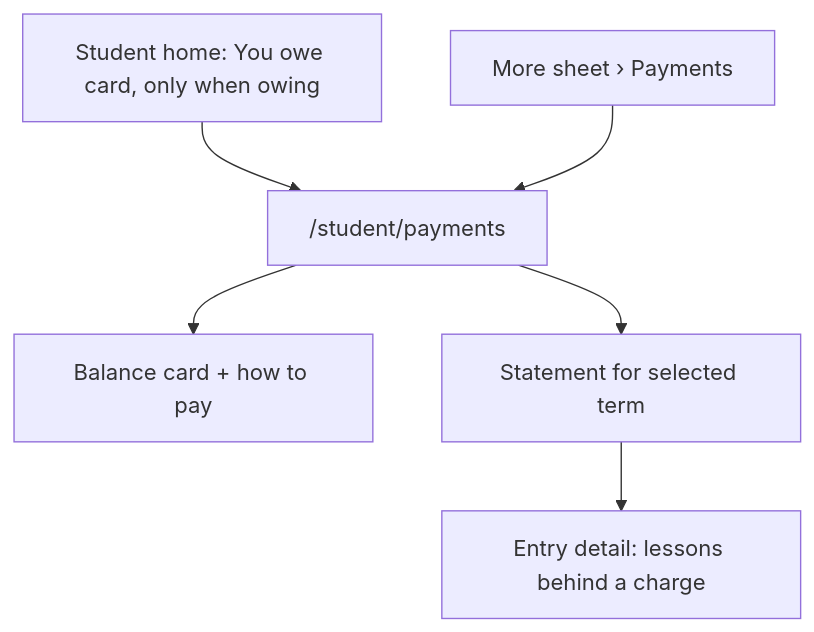
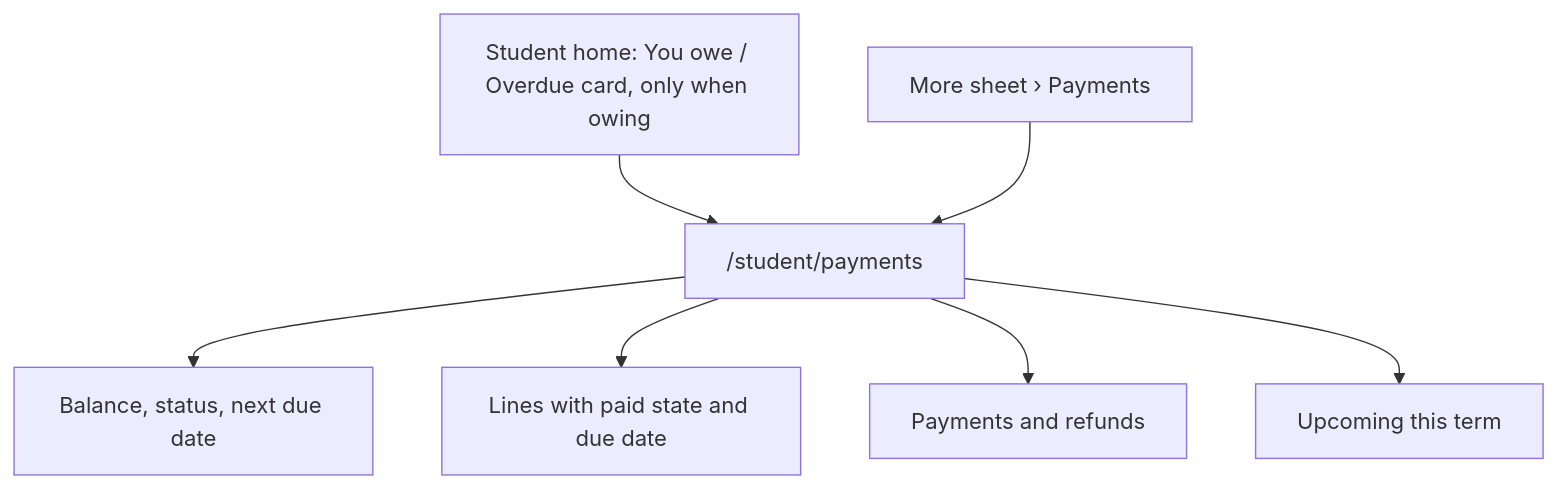
The fourth of 4 diagrams in docs/design/payments-reports.md (NoncommissionedRush/schoolmanager), drawn with Mermaid before and after one commit. The commit also changed other lines of this file and 1 other file, not shown here.

First line of the commit message:
docs(design): CARM-70 align payments spec with the phase 6 rules (B1–B9)

````diff
--- a/docs/design/payments-reports.md
+++ b/docs/design/payments-reports.md
@@ -181,7 +212,7 @@
 ```mermaid
 flowchart TD
-  H[Student home: You owe card, only when owing] --> SP["/student/payments"]
+  H[Student home: You owe / Overdue card, only when owing] --> SP["/student/payments"]
   M[More sheet › Payments] --> SP
-  SP --> B[Balance card + how to pay]
-  SP --> L[Statement for selected term] --> E[Entry detail: lessons behind a charge]
+  SP --> B[Balance, status, next due date]
+  SP --> L[Lines with paid state and due date] & PH[Payments and refunds] & UP[Upcoming this term]
 ```
````
